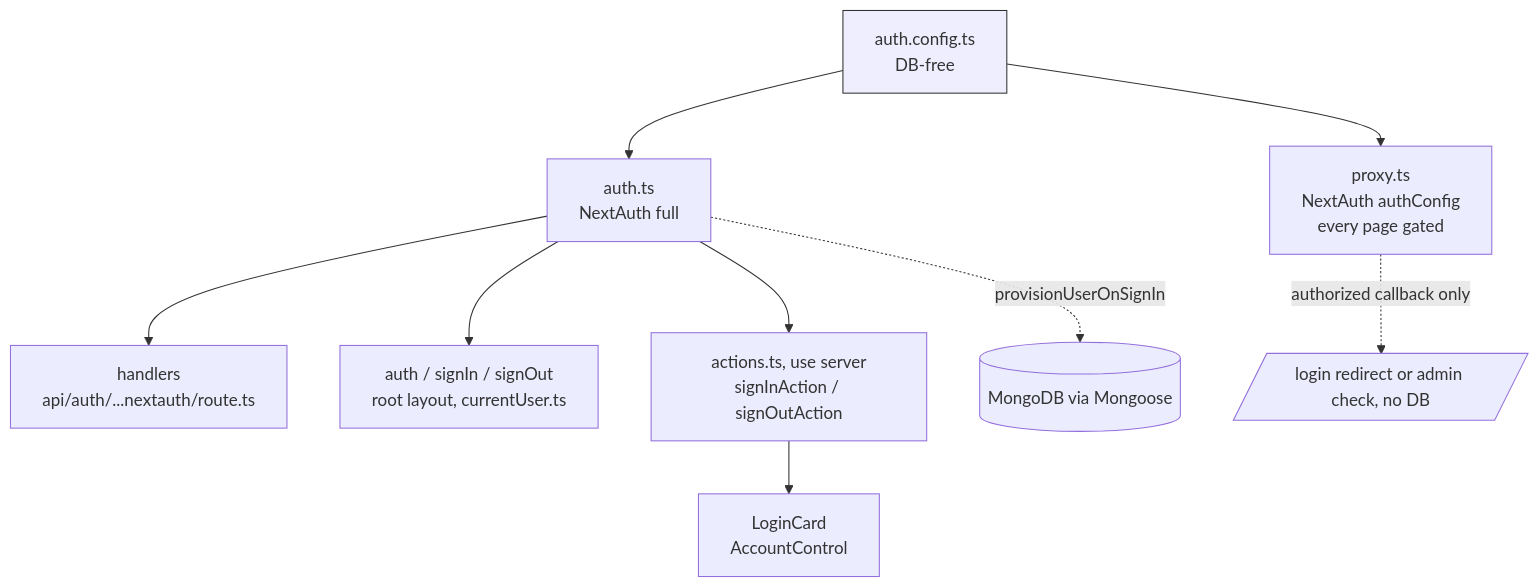
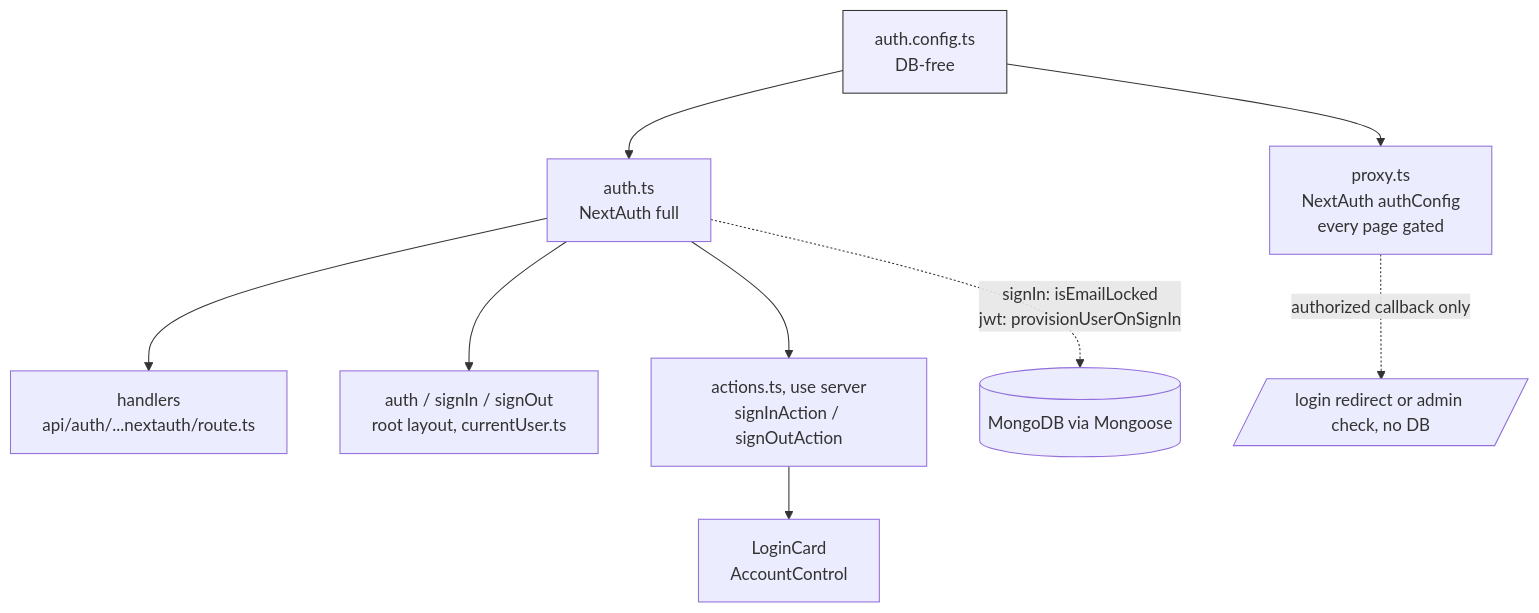
Before and after one commit to NaKMiers/English_For_Only_Me: the first of 3 diagrams in docs/07-auth-infra-testing.md, drawn with Mermaid. The commit also changed other lines of this file and 48 other files, not shown here.

````diff
--- a/docs/07-auth-infra-testing.md
+++ b/docs/07-auth-infra-testing.md
@@ -54,12 +55,12 @@
 ```mermaid
 graph TD
   A[auth.config.ts<br/>DB-free]:::edge --> B[proxy.ts<br/>NextAuth authConfig<br/>every page gated]
   A --> C[auth.ts<br/>NextAuth full]
   C --> D[handlers<br/>api/auth/...nextauth/route.ts]
   C --> E[auth / signIn / signOut<br/>root layout, currentUser.ts]
   C --> H[actions.ts, use server<br/>signInAction / signOutAction]
   H --> I[LoginCard<br/>AccountControl]
-  C -. provisionUserOnSignIn .-> F[(MongoDB via Mongoose)]
+  C -. signIn: isEmailLocked<br/>jwt: provisionUserOnSignIn .-> F[(MongoDB via Mongoose)]
   B -. authorized callback only .-> G[/login redirect or admin check, no DB/]
   classDef edge fill:#eef,stroke:#333;
 ```
````
